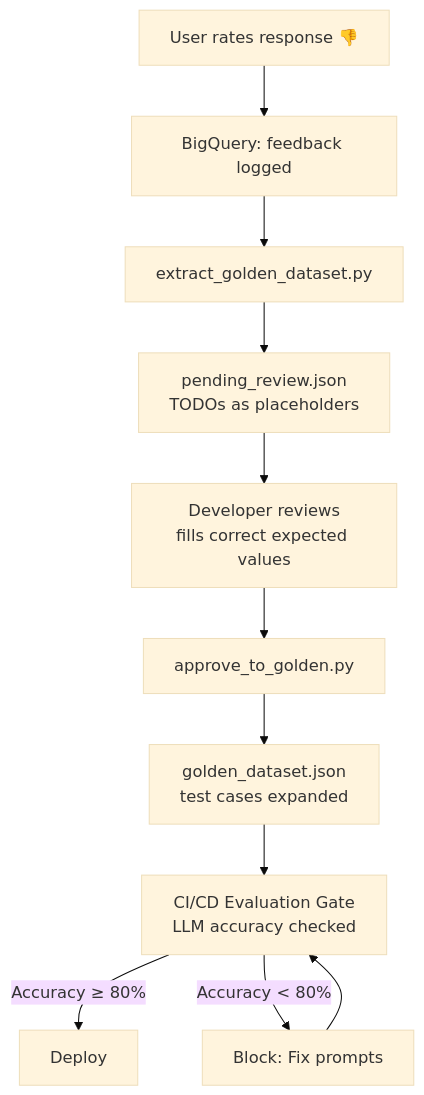
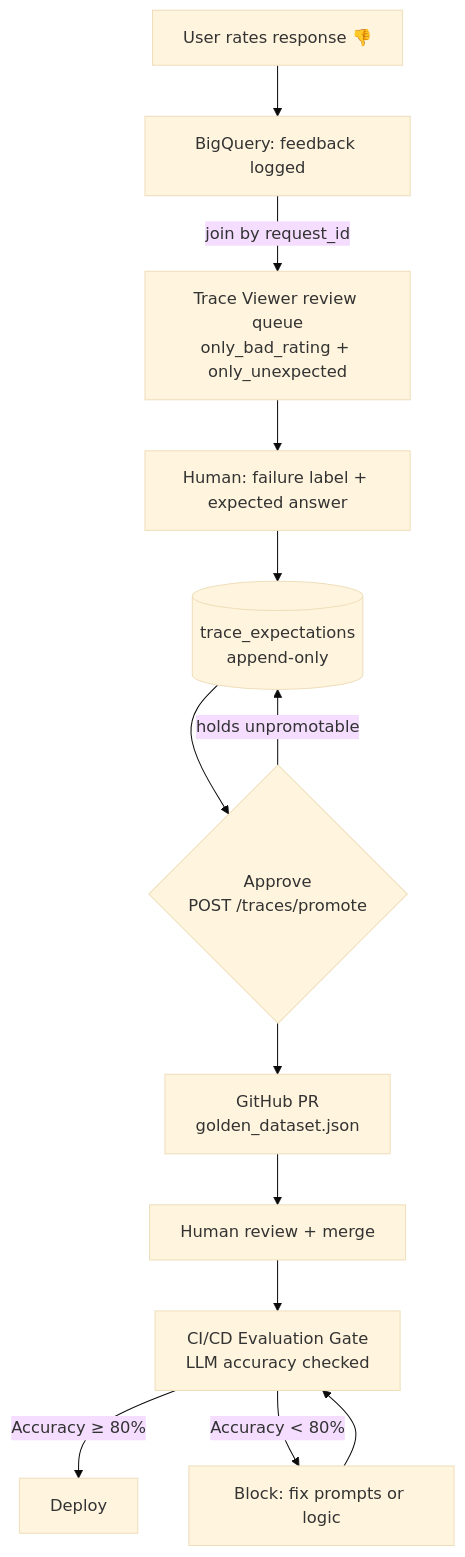
Before and after one commit to takeshimx/diamond-lens: the third of 5 diagrams in README_architecture.md, drawn with Mermaid (base theme). The commit also changed other lines of this file and 16 other files, not shown here.

First line of the commit message:
feat: automate HITL flywheel from thumbs-down to golden-dataset PR

````diff
--- a/README_architecture.md
+++ b/README_architecture.md
@@ -537,13 +547,15 @@
 ```mermaid
 graph TD
     A[User rates response 👎] --> B[BigQuery: feedback logged]
-    B --> C[extract_golden_dataset.py]
-    C --> D[pending_review.json<br/>TODOs as placeholders]
-    D --> E[Developer reviews<br/>fills correct expected values]
-    E --> F[approve_to_golden.py]
-    F --> G[golden_dataset.json<br/>test cases expanded]
-    G --> H[CI/CD Evaluation Gate<br/>LLM accuracy checked]
-    H -->|Accuracy ≥ 80%| I[Deploy]
-    H -->|Accuracy < 80%| J[Block: Fix prompts]
-    J --> H
+    B -->|join by request_id| C[Trace Viewer review queue<br/>only_bad_rating + only_unexpected]
+    C --> D[Human: failure label + expected answer]
+    D --> E[(trace_expectations<br/>append-only)]
+    E --> F{Approve<br/>POST /traces/promote}
+    F -->|holds unpromotable| E
+    F --> G[GitHub PR<br/>golden_dataset.json]
+    G --> H[Human review + merge]
+    H --> I[CI/CD Evaluation Gate<br/>LLM accuracy checked]
+    I -->|Accuracy ≥ 80%| J[Deploy]
+    I -->|Accuracy < 80%| K[Block: fix prompts or logic]
+    K --> I
 ```
````
